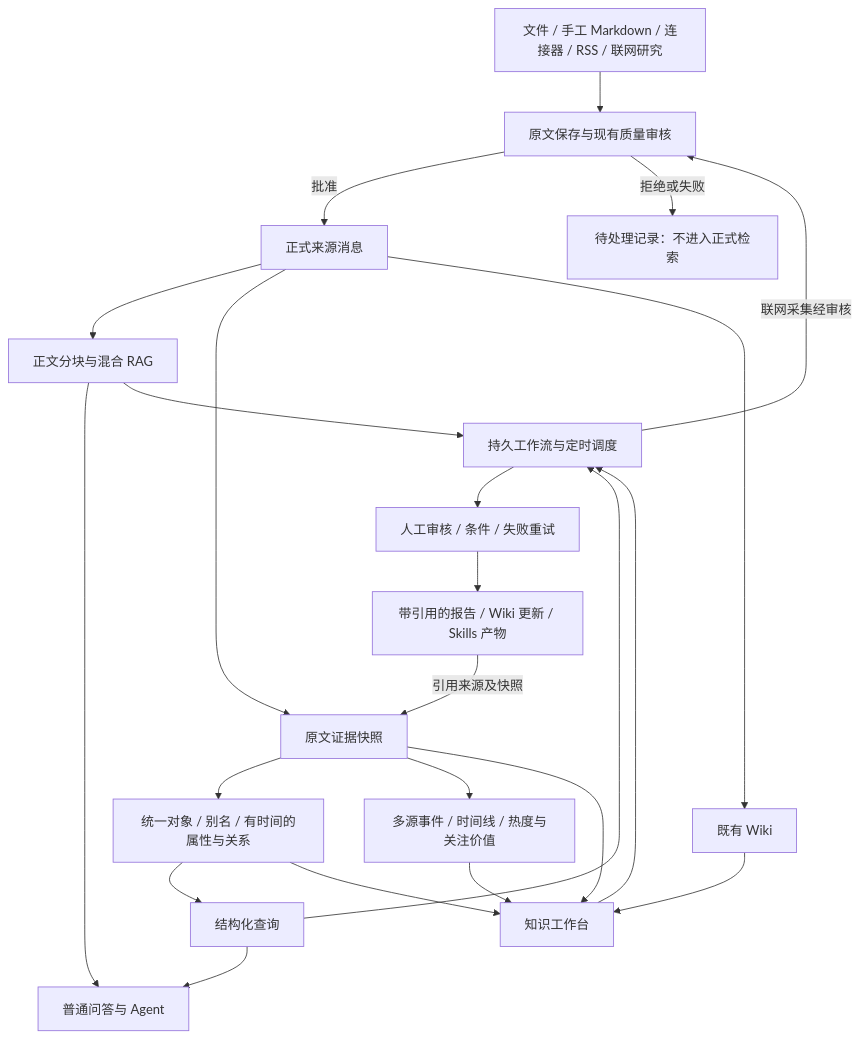
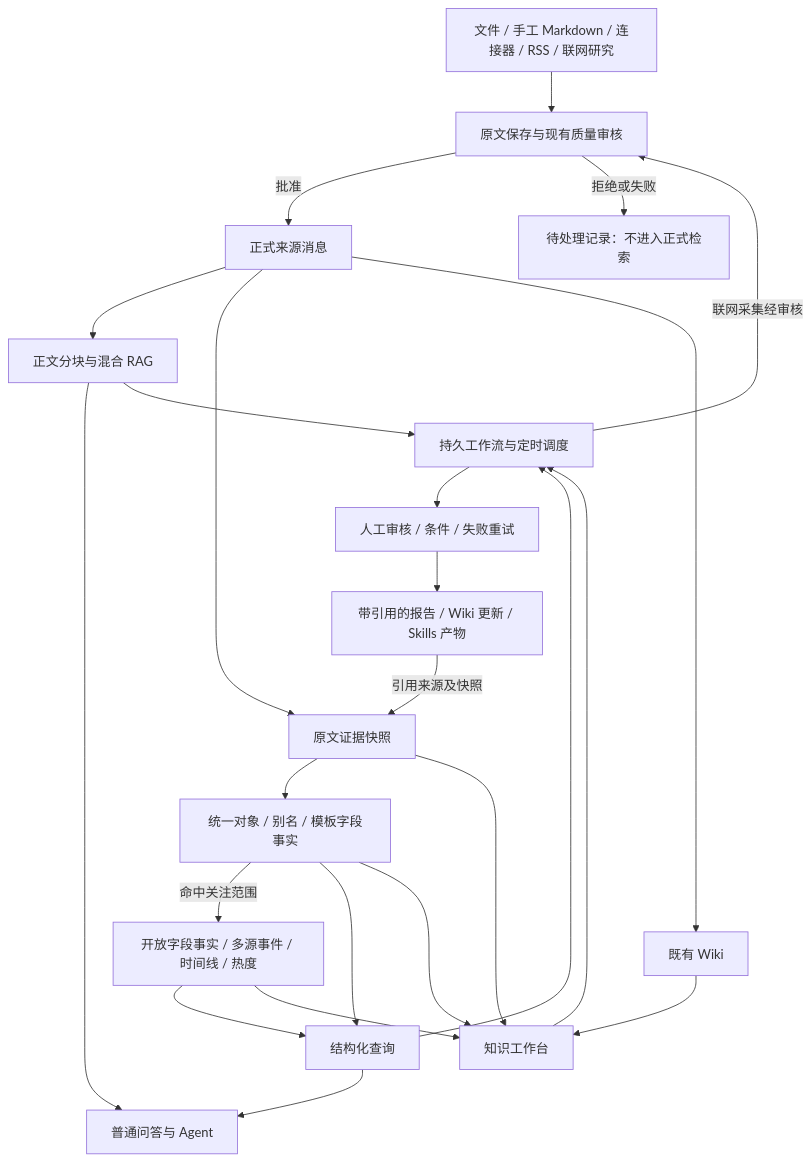
The diagram in docs/知识库融合说明.md (Dikui/Reliquary), drawn with Mermaid before and after one commit. The commit also changed other lines of this file and 40 other files, not shown here.

````diff
--- a/docs/知识库融合说明.md
+++ b/docs/知识库融合说明.md
@@ -27,25 +27,26 @@
 ```mermaid
 flowchart TB
     S[文件 / 手工 Markdown / 连接器 / RSS / 联网研究] --> I[原文保存与现有质量审核]
     I -->|批准| M[正式来源消息]
     I -->|拒绝或失败| P[待处理记录：不进入正式检索]
     M --> R[正文分块与混合 RAG]
     M --> C[原文证据快照]
-    C --> O[统一对象 / 别名 / 有时间的属性与关系]
-    C --> E[多源事件 / 时间线 / 热度与关注价值]
+    C --> O[统一对象 / 别名 / 模板字段事实]
+    O -->|命中关注范围| E[开放字段事实 / 多源事件 / 时间线 / 热度]
     M --> W[既有 Wiki]
     O --> Q[结构化查询]
+    E --> Q
     Q --> A[普通问答与 Agent]
     R --> A
     E --> B[知识工作台]
     O --> B
     C --> B
     W --> B
     B --> F[持久工作流与定时调度]
     Q --> F
     R --> F
     F -->|联网采集经审核| I
     F --> H[人工审核 / 条件 / 失败重试]
     H --> D[带引用的报告 / Wiki 更新 / Skills 产物]
     D -->|引用来源及快照| C
 ```
````
